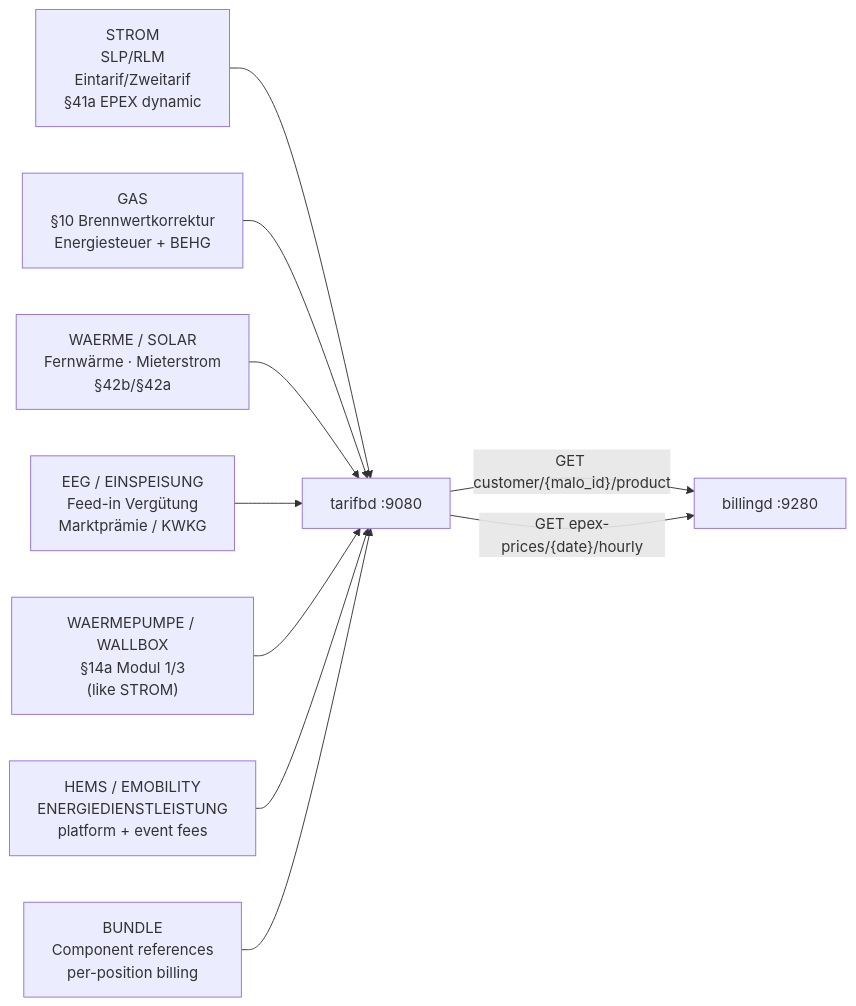
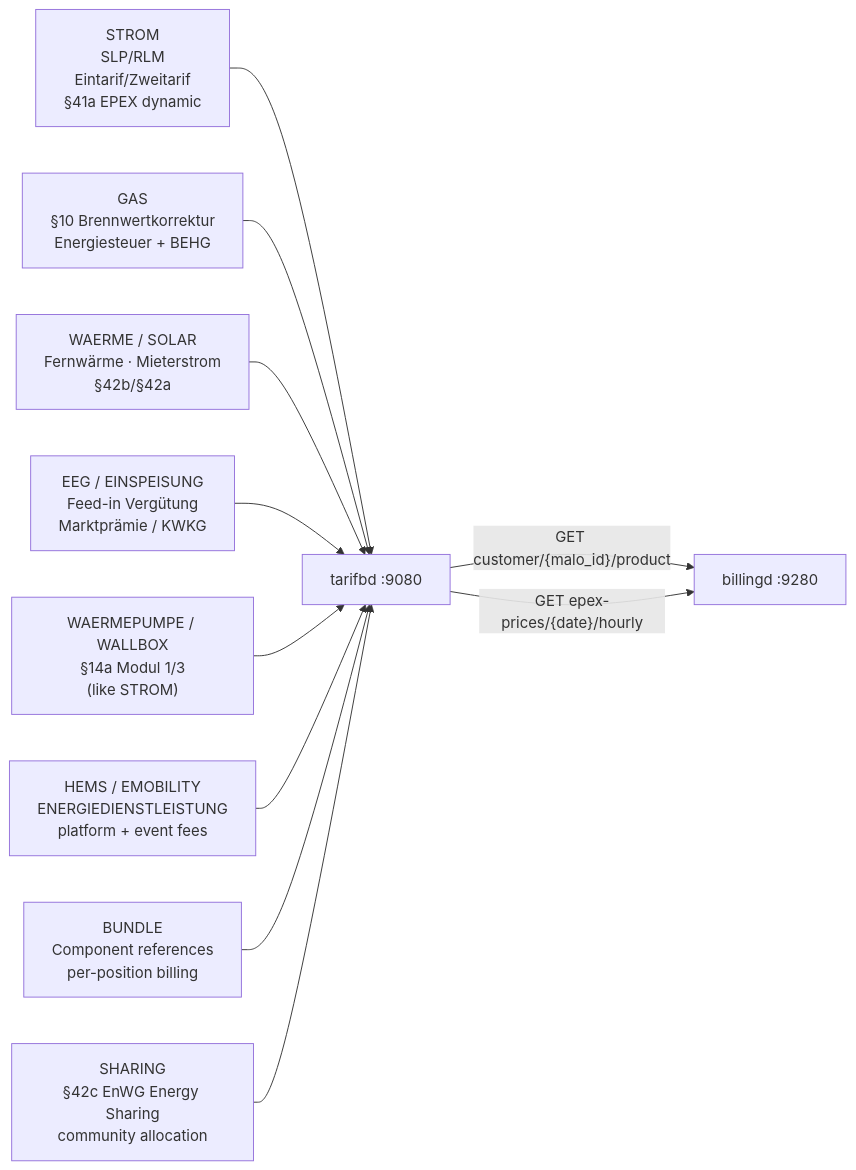
One commit to hupe1980/mako changed the diagram in docs/tarifbd.md. Above: the diagram before and after it, drawn with Mermaid. The commit also changed other lines of this file and 76 other files, not shown here.

````diff
--- a/docs/tarifbd.md
+++ b/docs/tarifbd.md
@@ -38,15 +38,16 @@
 ```mermaid
 graph LR
     STROM["STROM\nSLP/RLM\nEintarif/Zweitarif\n§41a EPEX dynamic"]
     GAS["GAS\n§10 Brennwertkorrektur\nEnergiesteuer + BEHG"]
     WAERME["WAERME / SOLAR\nFernwärme · Mieterstrom\n§42b/§42a"]
     EEG["EEG / EINSPEISUNG\nFeed-in Vergütung\nMarktprämie / KWKG"]
     SMART["WAERMEPUMPE / WALLBOX\n§14a Modul 1/3\n(like STROM)"]
     SERV["HEMS / EMOBILITY\nENERGIEDIENSTLEISTUNG\nplatform + event fees"]
     BUNDLE["BUNDLE\nComponent references\nper-position billing"]
+    SHARING["SHARING\n§42c EnWG Energy Sharing\ncommunity allocation"]
     tarifbd["tarifbd :9080"]
     STROM & GAS & WAERME & EEG --> tarifbd
-    SMART & SERV & BUNDLE --> tarifbd
+    SMART & SERV & BUNDLE & SHARING --> tarifbd
     tarifbd -->|"GET customer/{malo_id}/product"| billingd["billingd :9280"]
     tarifbd -->|"GET epex-prices/{date}/hourly"| billingd
 ```
````
